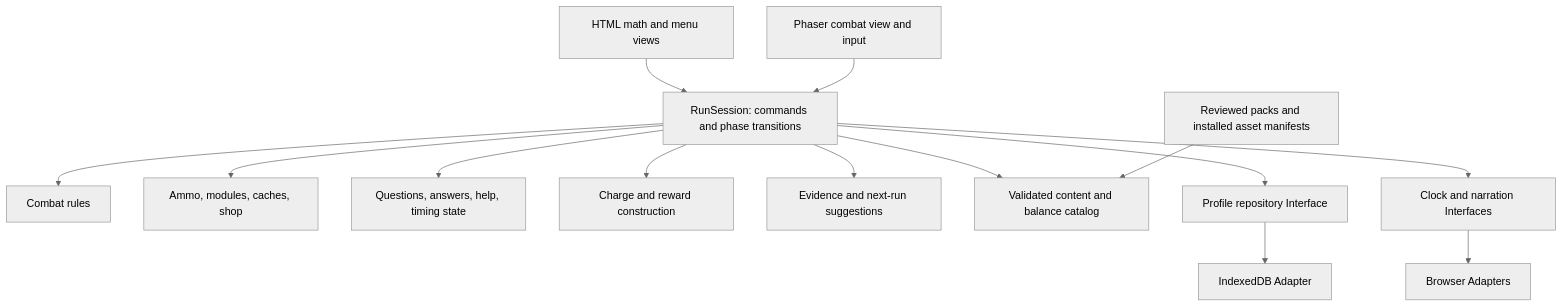
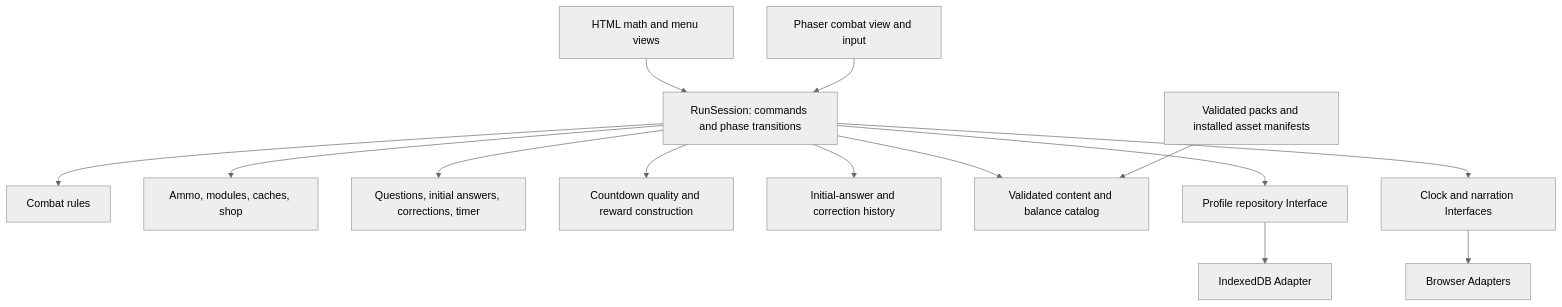
Before and after one commit to hyetigran/math_on_mars: the first of 3 diagrams in docs/ARCHITECTURE.md, drawn with Mermaid (neutral theme). The commit also changed other lines of this file and 13 other files, not shown here.

````diff
--- a/docs/ARCHITECTURE.md
+++ b/docs/ARCHITECTURE.md
@@ -35,16 +35,16 @@
 ```mermaid
 flowchart TD
     UI[HTML math and menu views] --> Session[RunSession: commands and phase transitions]
     View[Phaser combat view and input] --> Session
     Session --> Combat[Combat rules]
     Session --> Progression[Ammo, modules, caches, shop]
-    Session --> Practice[Questions, answers, help, timing state]
-    Session --> Rewards[Charge and reward construction]
-    Session --> Learning[Evidence and next-run suggestions]
+    Session --> Practice[Questions, initial answers, corrections, timer]
+    Session --> Rewards[Countdown quality and reward construction]
+    Session --> Learning[Initial-answer and correction history]
     Session --> Catalog[Validated content and balance catalog]
     Session --> Repo[Profile repository Interface]
     Repo --> IDB[IndexedDB Adapter]
     Session --> Platform[Clock and narration Interfaces]
     Platform --> Browser[Browser Adapters]
-    Content[Reviewed packs and installed asset manifests] --> Catalog
+    Content[Validated packs and installed asset manifests] --> Catalog
 ```
````
